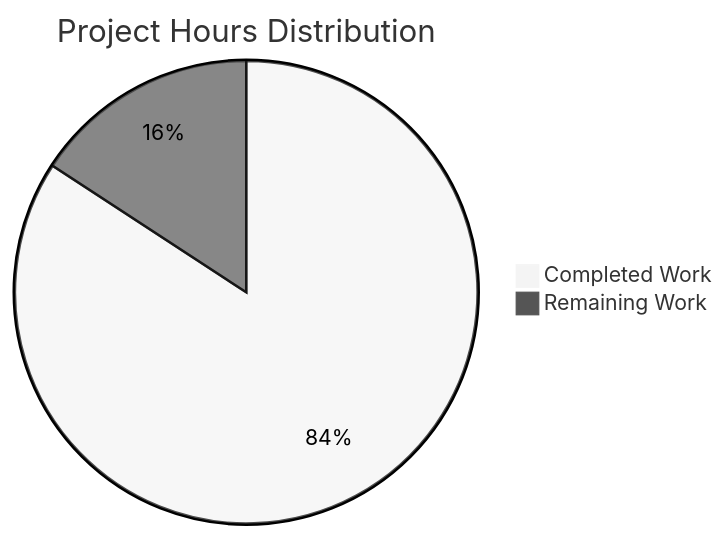
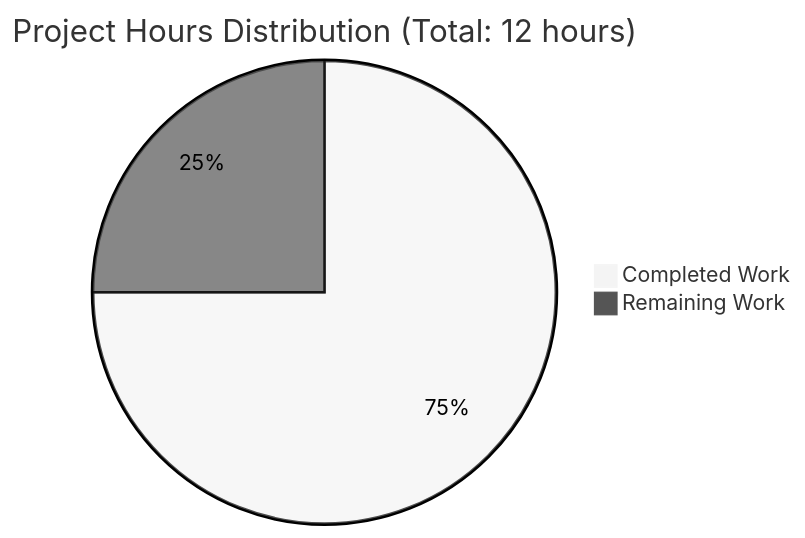
One commit to ShaliniTesting/1oct_1 changed the diagram in blitzy/documentation/Project Guide.md. Above: the diagram before and after it, drawn with Mermaid (neutral theme). The commit also changed other lines of this file, not shown here.

Commit message:
Adding Blitzy Project Guide: Project Status and Human Tasks Remaining

````diff
--- a/blitzy/documentation/Project Guide.md
+++ b/blitzy/documentation/Project Guide.md
@@ -36,5 +118,5 @@
 ```mermaid
-pie title Project Hours Distribution
-    "Completed Work" : 8.0
-    "Remaining Work" : 1.5
+pie title Project Hours Distribution (Total: 12 hours)
+    "Completed Work" : 9
+    "Remaining Work" : 3
 ```
````
